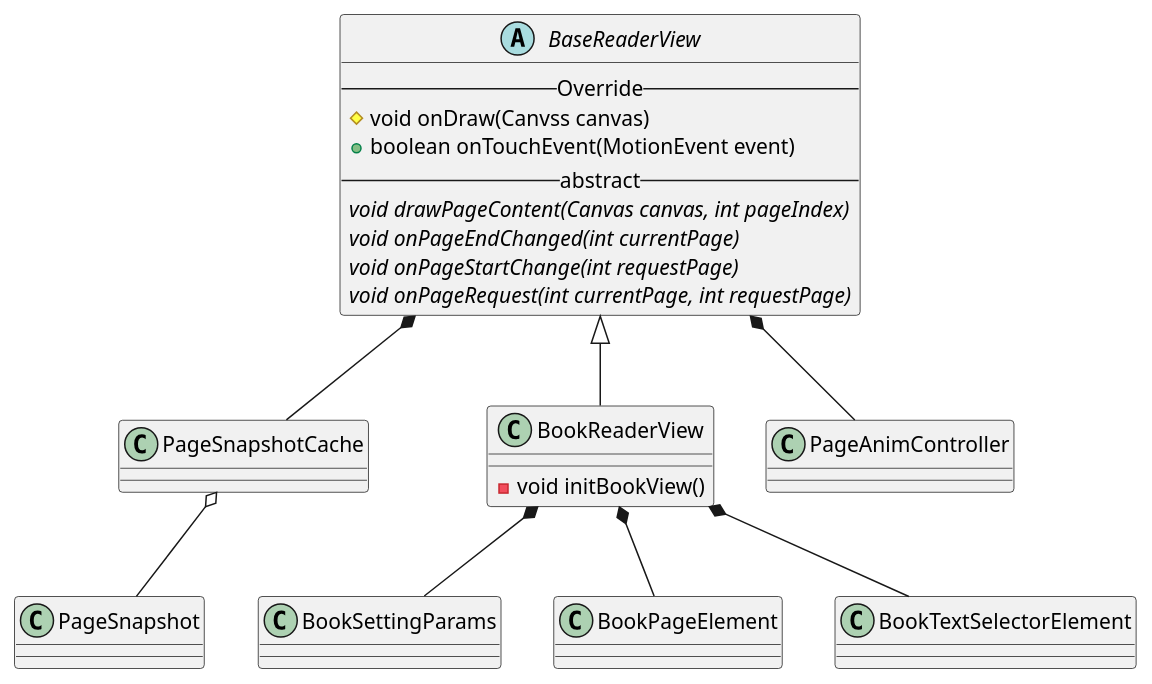
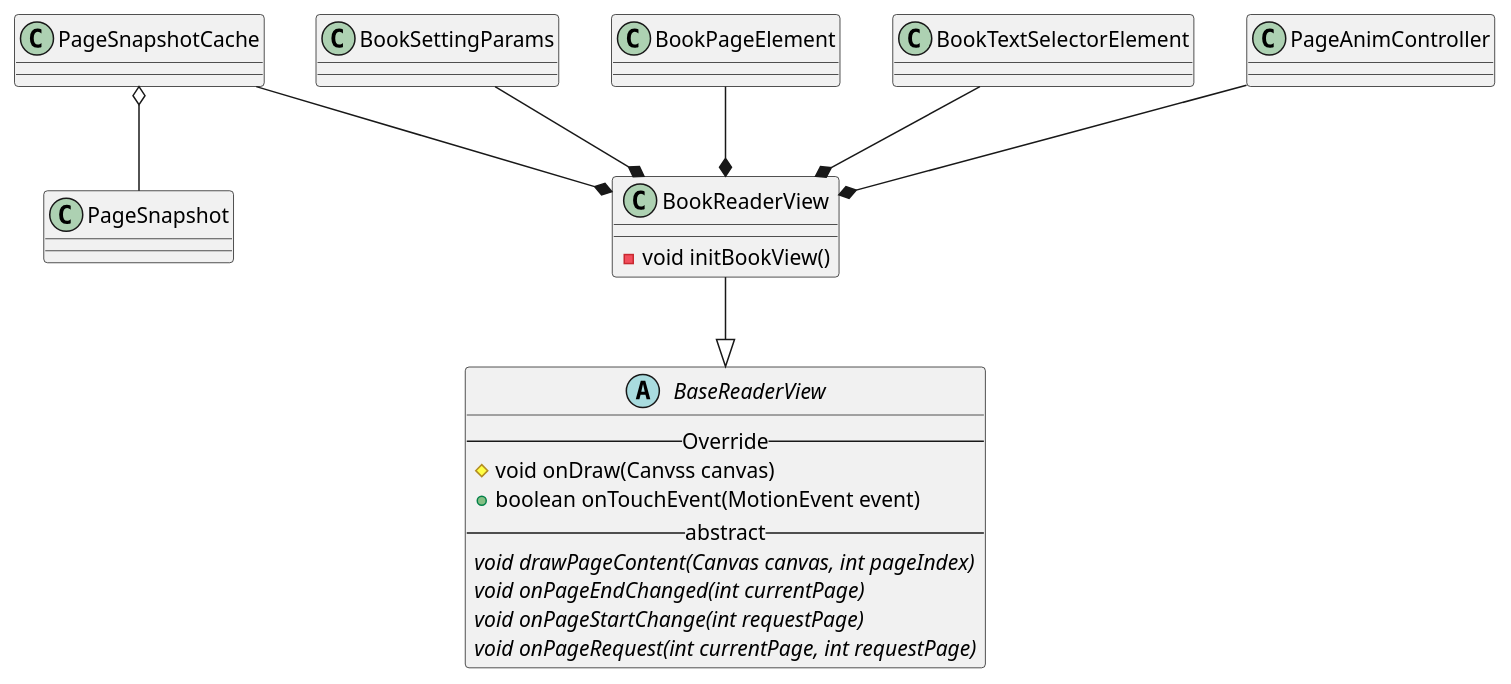
The diagram in uml/reader/module/reader/class/book_reader_view.puml (yufns/uml), drawn with PlantUML before and after one commit. The commit also changed 1 other file, not shown here.

```diff
--- a/uml/reader/module/reader/class/book_reader_view.puml
+++ b/uml/reader/module/reader/class/book_reader_view.puml
@@ -1,28 +1,30 @@
 @startuml
 class PageSnapshot
 class PageSnapshotCache
 class BookReaderView{
   - void initBookView()
 }
 class BookSettingParams
 abstract class BaseReaderView{
   -- Override --
   # void onDraw(Canvss canvas)
   + boolean onTouchEvent(MotionEvent event)
   -- abstract --
   {abstract} void drawPageContent(Canvas canvas, int pageIndex)
   {abstract} void onPageEndChanged(int currentPage)
   {abstract} void onPageStartChange(int requestPage)
   {abstract} void onPageRequest(int currentPage, int requestPage)
 }
 
-BaseReaderView <|-- BookReaderView
-BookReaderView *-- BookSettingParams
-BookReaderView *-- BookPageElement
-BookReaderView *-- BookTextSelectorElement
-BaseReaderView *-- PageAnimController
-BaseReaderView *-- PageSnapshotCache
+BookReaderView --|> BaseReaderView
+
+BookSettingParams --* BookReaderView
+BookPageElement --* BookReaderView
+BookTextSelectorElement --* BookReaderView
+PageAnimController --* BookReaderView
+PageSnapshotCache --* BookReaderView
+
 PageSnapshotCache o-- PageSnapshot
 PageAnimController.PageCarver <|.. BaseReaderView
 
 @enduml
```
